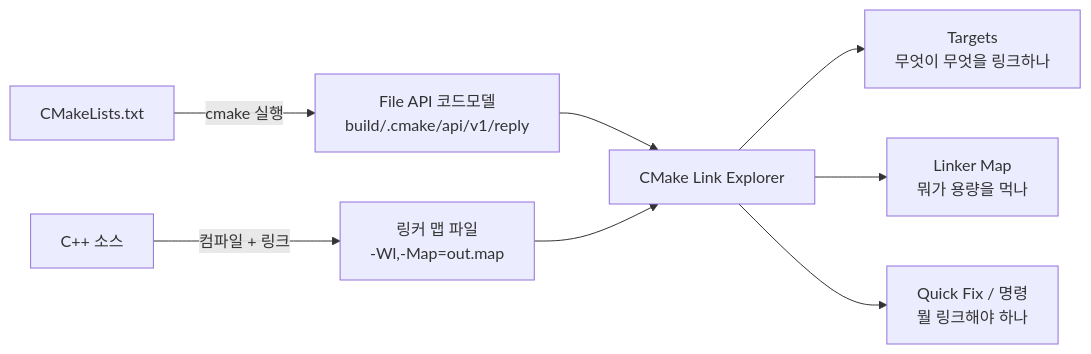
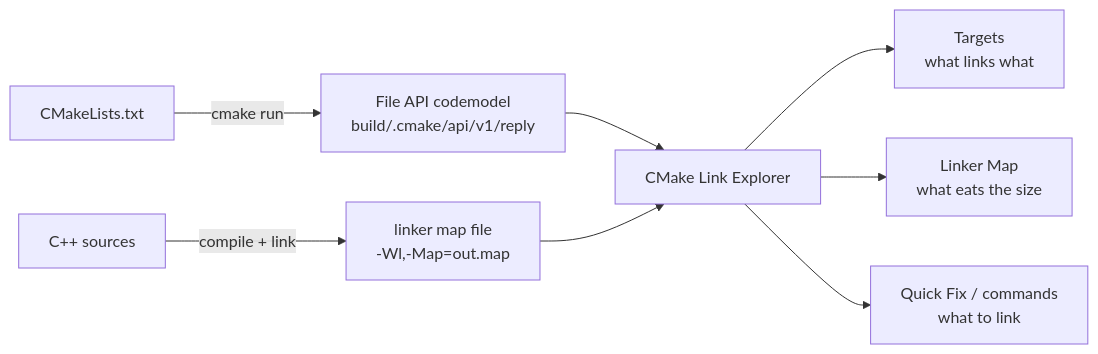
The first of 4 diagrams in README.md (Ruminem/cmake-link-explorer), drawn with Mermaid before and after one commit. The commit also changed other lines of this file and 2 other files, not shown here.

````diff
--- a/README.md
+++ b/README.md
@@ -21,13 +22,13 @@
 ```mermaid
 flowchart LR
-    CML["CMakeLists.txt"] -->|"cmake 실행"| REPLY["File API 코드모델<br/>build/.cmake/api/v1/reply"]
-    SRC["C++ 소스"] -->|"컴파일 + 링크"| MAP["링커 맵 파일<br/>-Wl,-Map=out.map"]
+    CML["CMakeLists.txt"] -->|"cmake run"| REPLY["File API codemodel<br/>build/.cmake/api/v1/reply"]
+    SRC["C++ sources"] -->|"compile + link"| MAP["linker map file<br/>-Wl,-Map=out.map"]
 
     EXT["CMake Link Explorer"]
     REPLY --> EXT
     MAP --> EXT
 
-    EXT --> T["Targets<br/>무엇이 무엇을 링크하나"]
-    EXT --> L["Linker Map<br/>뭐가 용량을 먹나"]
-    EXT --> Q["Quick Fix / 명령<br/>뭘 링크해야 하나"]
+    EXT --> T["Targets<br/>what links what"]
+    EXT --> L["Linker Map<br/>what eats the size"]
+    EXT --> Q["Quick Fix / commands<br/>what to link"]
 ```
````
